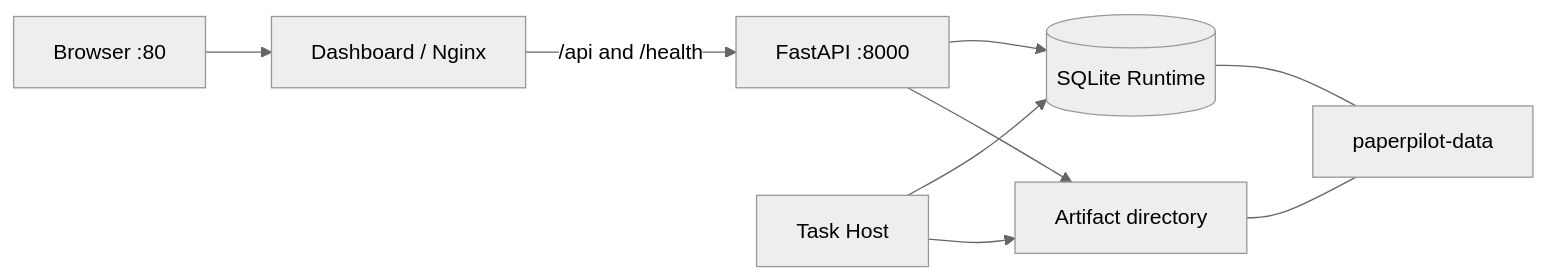
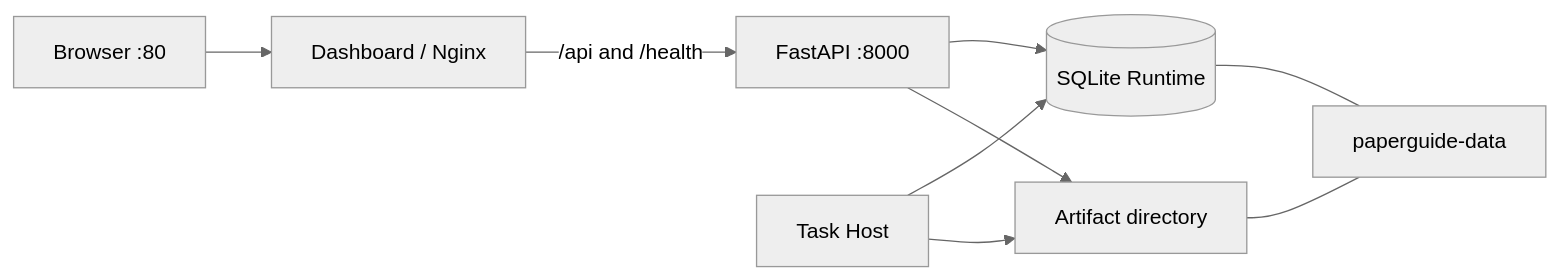
Before and after one commit to lijy-forge/PaperGuide-Agent: the diagram in docs/DEPLOYMENT.md, drawn with Mermaid (neutral theme). The commit also changed other lines of this file and 532 other files, not shown here.

````diff
--- a/docs/DEPLOYMENT.md
+++ b/docs/DEPLOYMENT.md
@@ -11,11 +11,11 @@
 ```mermaid
 flowchart LR
     Browser["Browser :80"] --> Nginx["Dashboard / Nginx"]
     Nginx -->|/api and /health| API["FastAPI :8000"]
     API --> DB[("SQLite Runtime")]
     Host["Task Host"] --> DB
     Host --> Artifacts["Artifact directory"]
     API --> Artifacts
-    DB --- Volume["paperpilot-data"]
+    DB --- Volume["paperguide-data"]
     Artifacts --- Volume
 ```
````
